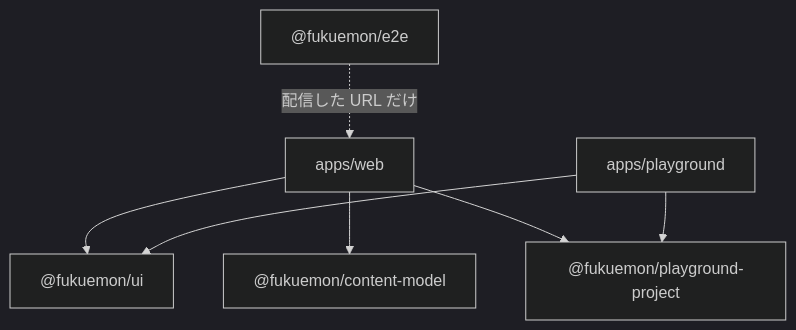
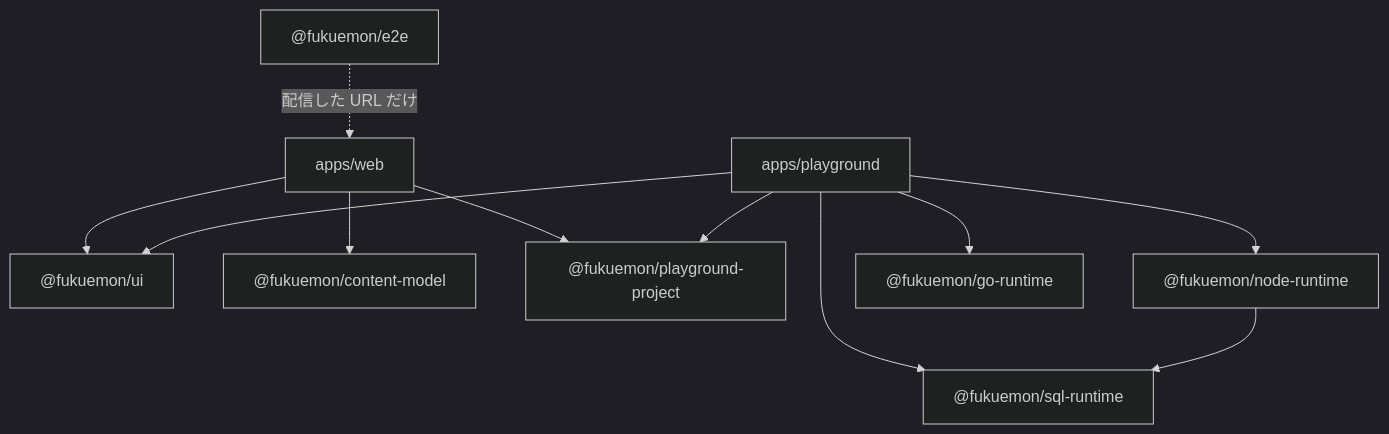
One commit to Fukuemon/fukuemon.dev changed the second of 2 diagrams in design/DesignDoc.md. Above: the diagram before and after it, drawn with Mermaid (dark theme). The commit also changed other lines of this file and 6 other files, not shown here.

````diff
--- a/design/DesignDoc.md
+++ b/design/DesignDoc.md
@@ -117,9 +120,13 @@
 ```mermaid
 flowchart TD
     web["apps/web"] --> ui["@fukuemon/ui"]
     play["apps/playground"] --> ui
     web --> cm["@fukuemon/content-model"]
     web --> pp["@fukuemon/playground-project"]
     play --> pp
+    play --> sqlrt["@fukuemon/sql-runtime"]
+    play --> nodert["@fukuemon/node-runtime"]
+    play --> gort["@fukuemon/go-runtime"]
+    nodert --> sqlrt
     e2e["@fukuemon/e2e"] -. "配信した URL だけ" .-> web
 ```
````
